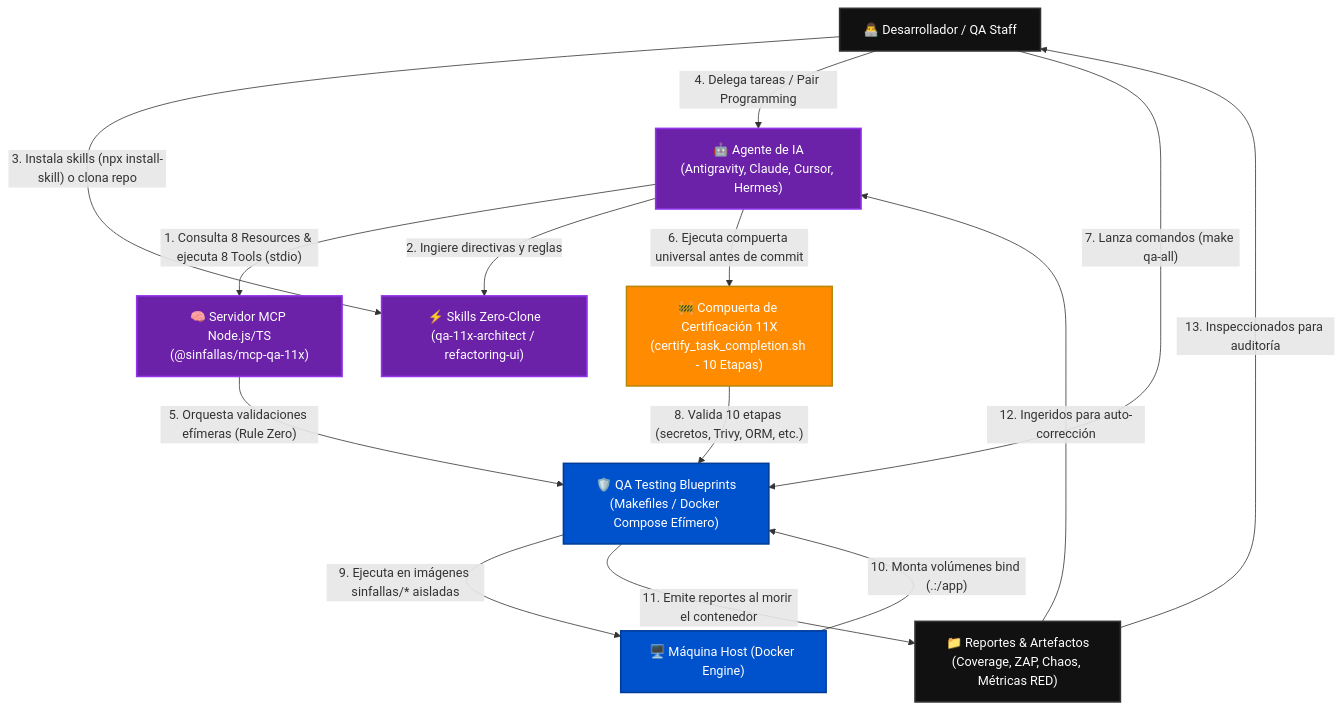
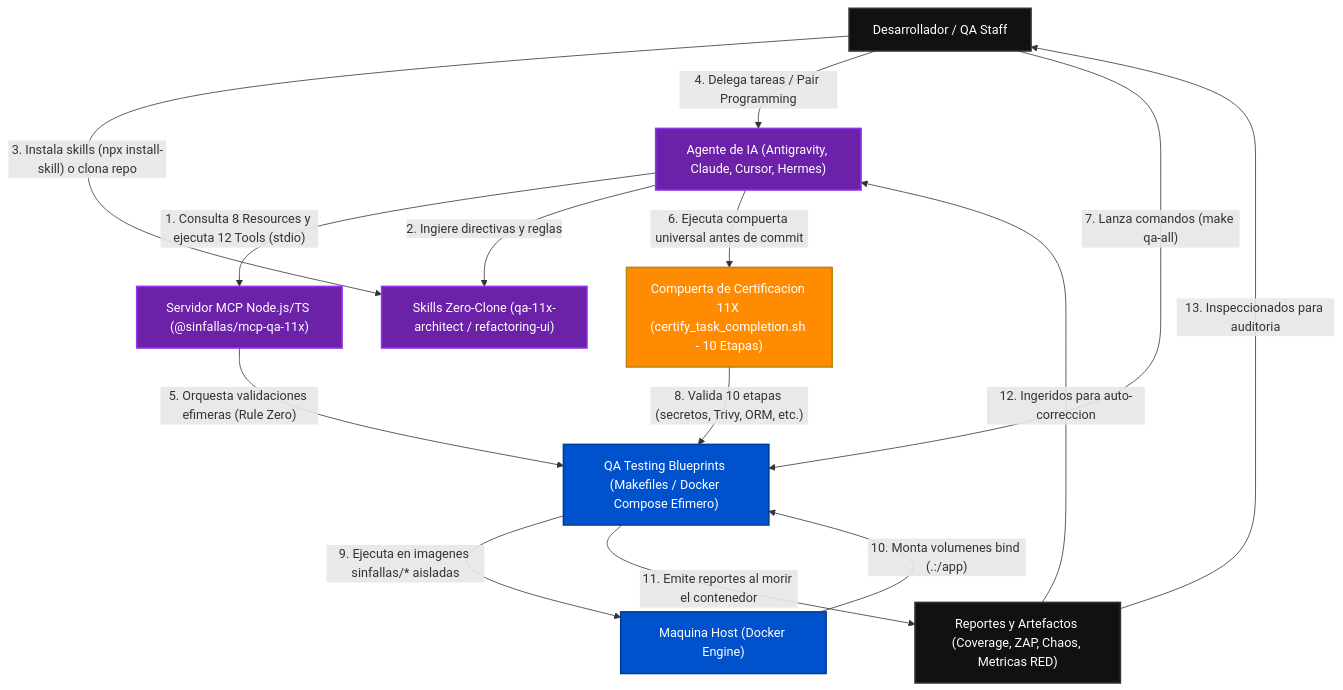
Before and after one commit to tecno-consultores/qa-testing-blueprints: the first of 3 diagrams in docs/ARCHITECTURE_C4.md, drawn with Mermaid. The commit also changed other lines of this file and 31 other files, not shown here.

Commit message:
docs(11x): restaurar matriz de herramientas, actualizar tags Docker Hub y corregir diagramas Mermaid

````diff
--- a/docs/ARCHITECTURE_C4.md
+++ b/docs/ARCHITECTURE_C4.md
@@ -10,35 +10,33 @@
 ```mermaid
-graph TD
-    %% Entidades
-    Human["👨‍💻 Desarrollador / QA Staff"]
-    Agent["🤖 Agente de IA<br>(Antigravity, Claude, Cursor, Hermes)"]
-    MCP["🧠 Servidor MCP Node.js/TS<br>(@sinfallas/mcp-qa-11x)"]
-    Skill["⚡ Skills Zero-Clone<br>(qa-11x-architect / refactoring-ui)"]
-    Gate["🚧 Compuerta de Certificación 11X<br>(certify_task_completion.sh - 10 Etapas)"]
-    QA["🛡️ QA Testing Blueprints<br>(Makefiles / Docker Compose Efímero)"]
-    Host["🖥️ Máquina Host (Docker Engine)"]
-    Reports["📁 Reportes & Artefactos<br>(Coverage, ZAP, Chaos, Métricas RED)"]
+flowchart TD
+    Human["Desarrollador / QA Staff"]
+    Agent["Agente de IA (Antigravity, Claude, Cursor, Hermes)"]
+    MCP["Servidor MCP Node.js/TS (@sinfallas/mcp-qa-11x)"]
+    Skill["Skills Zero-Clone (qa-11x-architect / refactoring-ui)"]
+    Gate["Compuerta de Certificacion 11X (certify_task_completion.sh - 10 Etapas)"]
+    QA["QA Testing Blueprints (Makefiles / Docker Compose Efimero)"]
+    Host["Maquina Host (Docker Engine)"]
+    Reports["Reportes y Artefactos (Coverage, ZAP, Chaos, Metricas RED)"]
 
-    %% Relaciones
-    Agent -- "1. Consulta 8 Resources & ejecuta 8 Tools (stdio)" --> MCP
-    Agent -- "2. Ingiere directivas y reglas" --> Skill
-    Human -- "3. Instala skills (npx install-skill) o clona repo" --> Skill
-    Human -- "4. Delega tareas / Pair Programming" --> Agent
-    MCP -- "5. Orquesta validaciones efímeras (Rule Zero)" --> QA
-    Agent -- "6. Ejecuta compuerta universal antes de commit" --> Gate
-    Human -- "7. Lanza comandos (make qa-all)" --> QA
-    Gate -- "8. Valida 10 etapas (secretos, Trivy, ORM, etc.)" --> QA
-    QA -- "9. Ejecuta en imágenes sinfallas/* aisladas" --> Host
-    Host -- "10. Monta volúmenes bind (.:/app)" --> QA
-    QA -- "11. Emite reportes al morir el contenedor" --> Reports
-    Reports -- "12. Ingeridos para auto-corrección" --> Agent
-    Reports -- "13. Inspeccionados para auditoría" --> Human
+    Agent -->|"1. Consulta 8 Resources y ejecuta 12 Tools (stdio)"| MCP
+    Agent -->|"2. Ingiere directivas y reglas"| Skill
+    Human -->|"3. Instala skills (npx install-skill) o clona repo"| Skill
+    Human -->|"4. Delega tareas / Pair Programming"| Agent
+    MCP -->|"5. Orquesta validaciones efimeras (Rule Zero)"| QA
+    Agent -->|"6. Ejecuta compuerta universal antes de commit"| Gate
+    Human -->|"7. Lanza comandos (make qa-all)"| QA
+    Gate -->|"8. Valida 10 etapas (secretos, Trivy, ORM, etc.)"| QA
+    QA -->|"9. Ejecuta en imagenes sinfallas/* aisladas"| Host
+    Host -->|"10. Monta volumenes bind (.:/app)"| QA
+    QA -->|"11. Emite reportes al morir el contenedor"| Reports
+    Reports -->|"12. Ingeridos para auto-correccion"| Agent
+    Reports -->|"13. Inspeccionados para auditoria"| Human
 
     classDef default fill:#111,stroke:#333,stroke-width:2px,color:#fff;
     classDef highlight fill:#0052cc,stroke:#003d99,stroke-width:2px,color:#fff;
     classDef barrier fill:#ff8c00,stroke:#b8860b,stroke-width:2px,color:#fff;
     classDef ai fill:#6b21a8,stroke:#9333ea,stroke-width:2px,color:#fff;
     class QA,Host highlight;
-    class Gate,Hook barrier;
+    class Gate barrier;
     class Agent,MCP,Skill ai;
 ```
````
